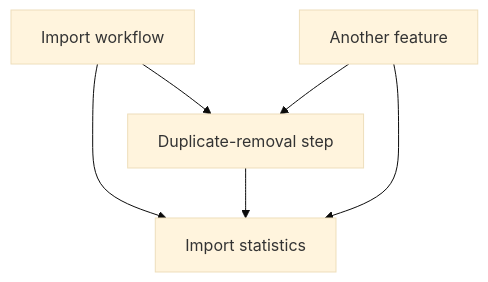
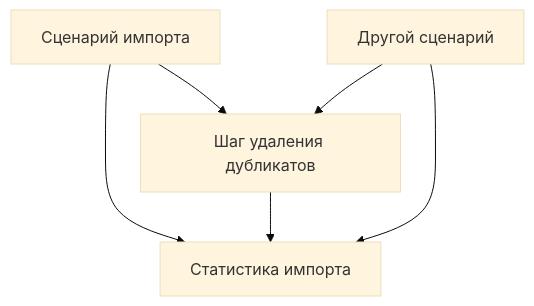
One commit to AntonC9018/uniCourse_csharp changed the first of 2 diagrams in presentations/lesson-2.md. Above: the diagram before and after it, drawn with Mermaid (base theme). The commit also changed other lines of this file and 5 other files, not shown here.

````diff
--- a/presentations/lesson-2.md
+++ b/presentations/lesson-2.md
@@ -255,8 +255,8 @@
 ```mermaid
 flowchart TD
-    W["Import workflow"] --> S["Duplicate-removal step"]
-    W --> R["Import statistics"]
+    W["Сценарий импорта"] --> S["Шаг удаления дубликатов"]
+    W --> R["Статистика импорта"]
     S --> R
-    V["Another feature"] --> S
+    V["Другой сценарий"] --> S
     V --> R
 ```
````
